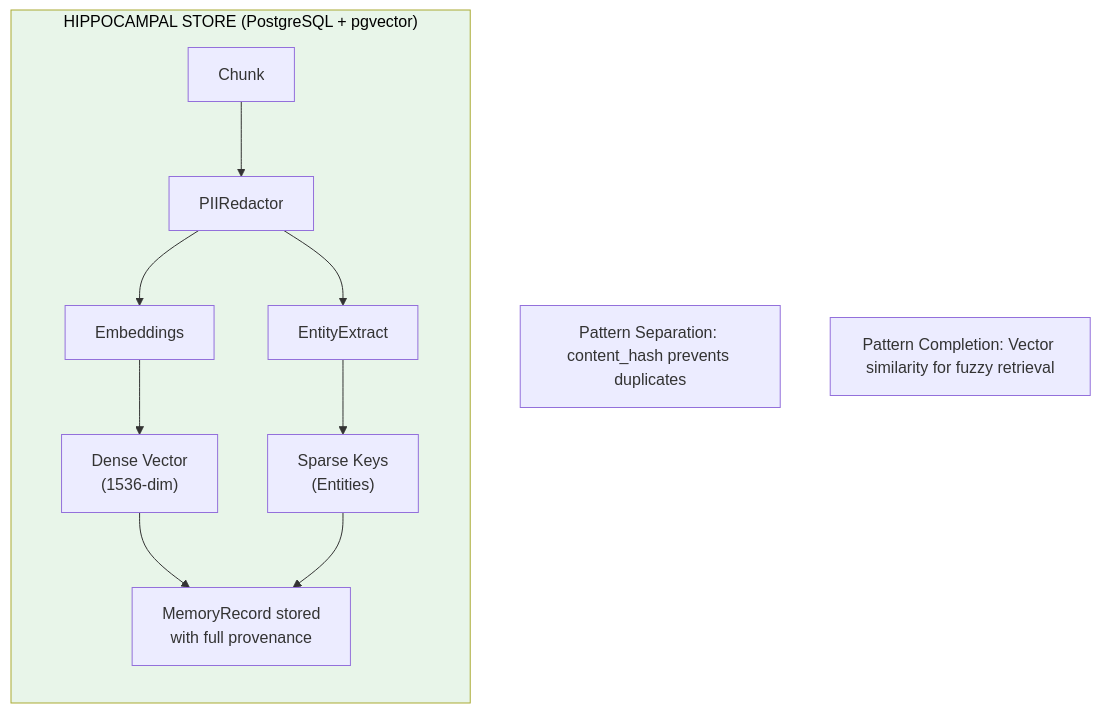
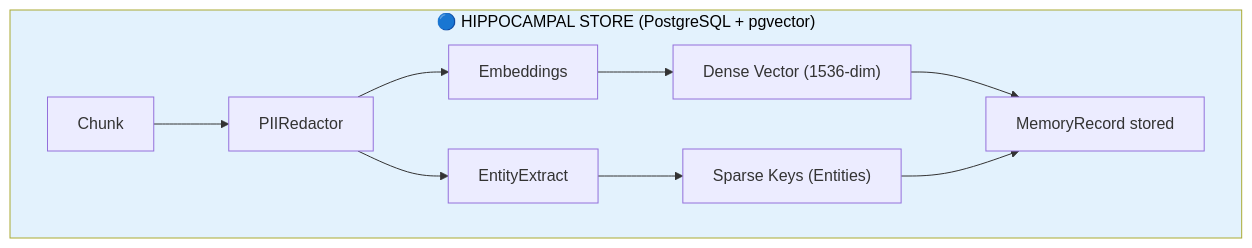
The fourth of 9 diagrams in README.md (avinash-mall/CognitiveMemoryLayer), drawn with Mermaid before and after one commit. The commit also changed other lines of this file and 31 other files, not shown here.

Commit message:
fix: mermaid text visibility and quote formatting

````diff
--- a/README.md
+++ b/README.md
@@ -188,15 +241,12 @@
 ```mermaid
 flowchart TB
-    subgraph Hippo2["HIPPOCAMPAL STORE (PostgreSQL + pgvector)"]
-        direction TB
+    subgraph Hippo2["🔵 HIPPOCAMPAL STORE (PostgreSQL + pgvector)"]
         chunk["Chunk"] --> pii["PIIRedactor"]
         pii --> embed["Embeddings"]
         pii --> entity["EntityExtract"]
-        embed --> dense["Dense Vector<br/>(1536-dim)"]
-        entity --> sparse["Sparse Keys<br/>(Entities)"]
-        dense & sparse --> record["MemoryRecord stored<br/>with full provenance"]
+        embed --> dense["Dense Vector (1536-dim)"]
+        entity --> sparse["Sparse Keys (Entities)"]
+        dense & sparse --> record["MemoryRecord stored"]
     end
-    sep["Pattern Separation: content_hash prevents duplicates"]
-    comp["Pattern Completion: Vector similarity for fuzzy retrieval"]
-    style Hippo2 fill:#e8f5e9,color:#000
+    style Hippo2 fill:#e3f2fd,color:#000
 ```
````
